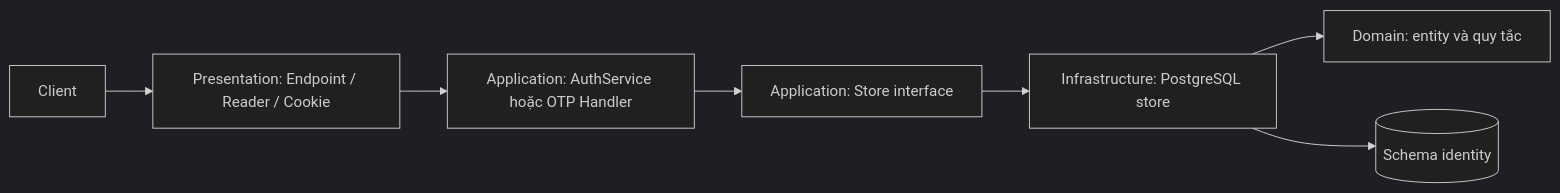
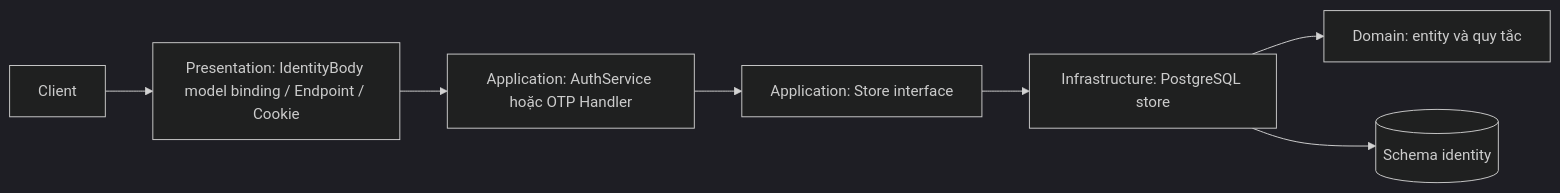
Before and after one commit to GSK7625/HomeMatch: the third of 7 diagrams in docs/identity/RANH_GIOI_MODULE_VA_LUONG_CODE.md, drawn with Mermaid (dark theme). The commit also changed other lines of this file and 28 other files, not shown here.

Commit message:
don gian hoa identity dung model binding va cap nhat tai lieu

````diff
--- a/docs/identity/RANH_GIOI_MODULE_VA_LUONG_CODE.md
+++ b/docs/identity/RANH_GIOI_MODULE_VA_LUONG_CODE.md
@@ -76,9 +108,9 @@
 ```mermaid
 flowchart LR
-    Client[Client] --> Endpoint[Presentation: Endpoint / Reader / Cookie]
+    Client[Client] --> Endpoint[Presentation: IdentityBody model binding / Endpoint / Cookie]
     Endpoint --> App[Application: AuthService hoặc OTP Handler]
     App --> Contract[Application: Store interface]
     Contract --> Store[Infrastructure: PostgreSQL store]
     Store --> Domain[Domain: entity và quy tắc]
     Store --> Db[(Schema identity)]
 ```
````
